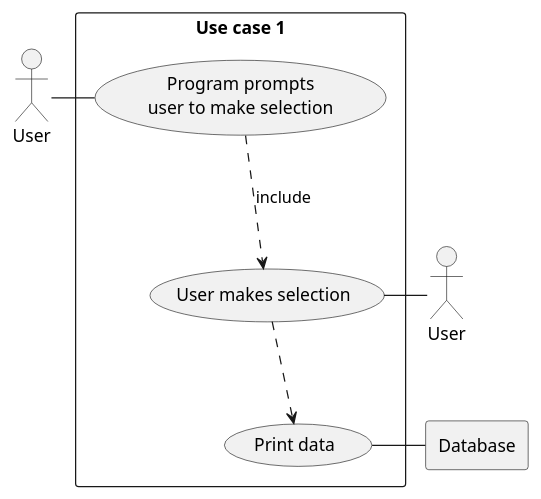
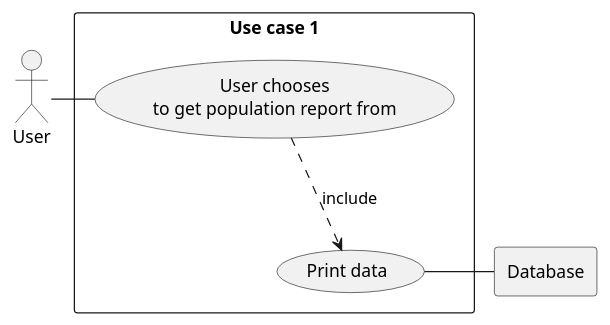
One commit to ESuth/sem changed the fourth of 6 diagrams in use-cases/HR System.puml. Above: the diagram before and after it, drawn with PlantUML. The commit also changed other lines of this file and 1 other file, not shown here.

```diff
--- a/use-cases/HR System.puml
+++ b/use-cases/HR System.puml
@@ -5,23 +87,22 @@
 @startuml
 
 actor Usr as "User"
-actor Usr1 as "User"
+
 
 rectangle Database
 
 rectangle "Use case 1" {
-    usecase UC1 as "Program prompts
-    user to make selection"
+    usecase UC1 as "User chooses
+    to get population report from"
 
-    usecase UC1a as "User makes selection"
 
     usecase UCa as "Print data"
 
     Usr - UC1
-    Usr1 - UC1a
-    UC1 ..> UC1a : include
-    UC1a ..> UCa
+
+    UC1 ..> UCa : include
+
     UCa - Database
 }
 
 @enduml
```
